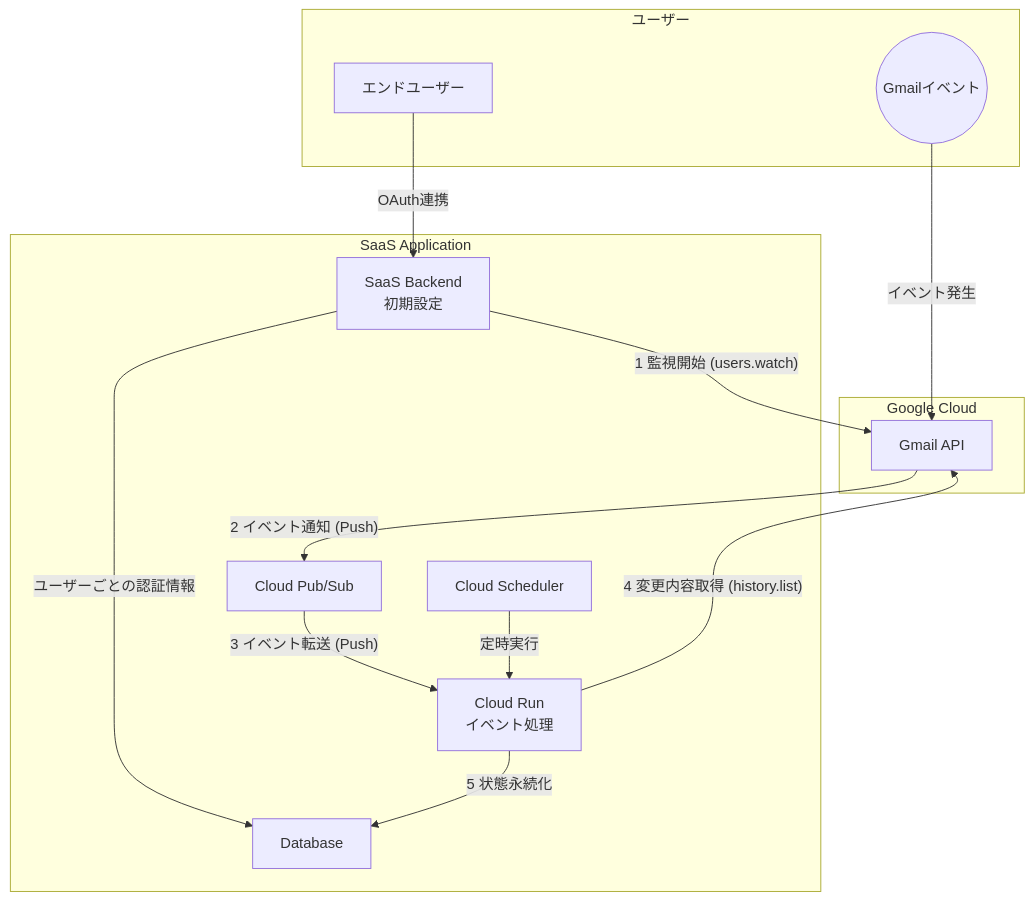
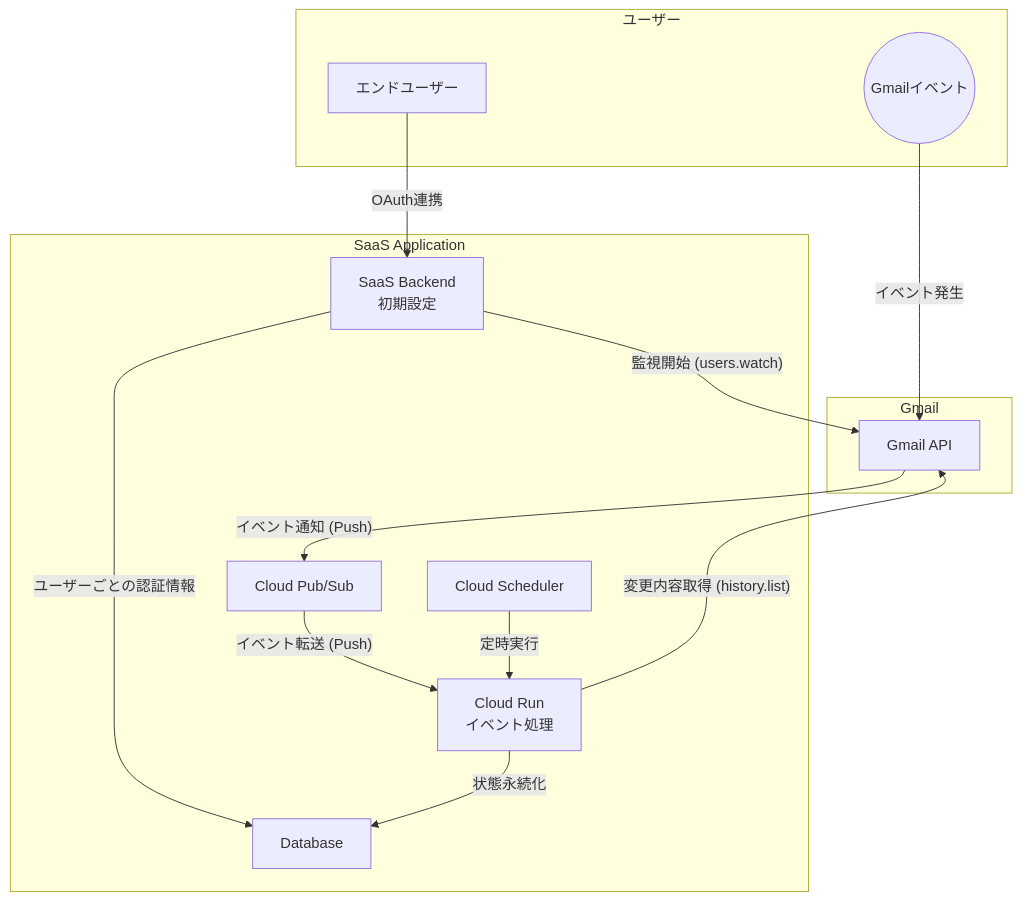
Before and after one commit to suwa-sh/zenn-contents: the first of 4 diagrams in articles/gmail_app_gcp_20250718.md, drawn with Mermaid. The commit also changed other lines of this file, not shown here.

````diff
--- a/articles/gmail_app_gcp_20250718.md
+++ b/articles/gmail_app_gcp_20250718.md
@@ -26,35 +26,35 @@
 ```mermaid
 graph TD
     subgraph "ユーザー"
         U[エンドユーザー]
         GMAIL_EVENT((Gmailイベント))
     end
 
     subgraph "SaaS Application"
         SB[SaaS Backend<br>初期設定]
         CR[Cloud Run<br>イベント処理]
         DB[Database]
         PS[Cloud Pub/Sub]
         CS[Cloud Scheduler]
     end
 
-    subgraph "Google Cloud"
+    subgraph "Gmail"
         API[Gmail API]
     end
 
     %% --- コンポーネント間の主な関係性 ---
     U -- "OAuth連携" --> SB
     SB -- "ユーザーごとの認証情報" --> DB
     
     %% 監視設定 (SB <-> API)
-    SB -- "1 監視開始 (users.watch)" --> API
+    SB -- "監視開始 (users.watch)" --> API
 
     GMAIL_EVENT -- "イベント発生" --> API
-    API -- "2 イベント通知 (Push)" --> PS
-    PS -- "3 イベント転送 (Push)" --> CR
+    API -- "イベント通知 (Push)" --> PS
+    PS -- "イベント転送 (Push)" --> CR
     CS -- "定時実行" --> CR
 
     %% データ取得/更新 (CR <-> API, DB)
-    CR -- "4 変更内容取得 (history.list)" --> API
-    CR -- "5 状態永続化" --> DB
+    CR -- "変更内容取得 (history.list)" --> API
+    CR -- "状態永続化" --> DB
 ```
````
